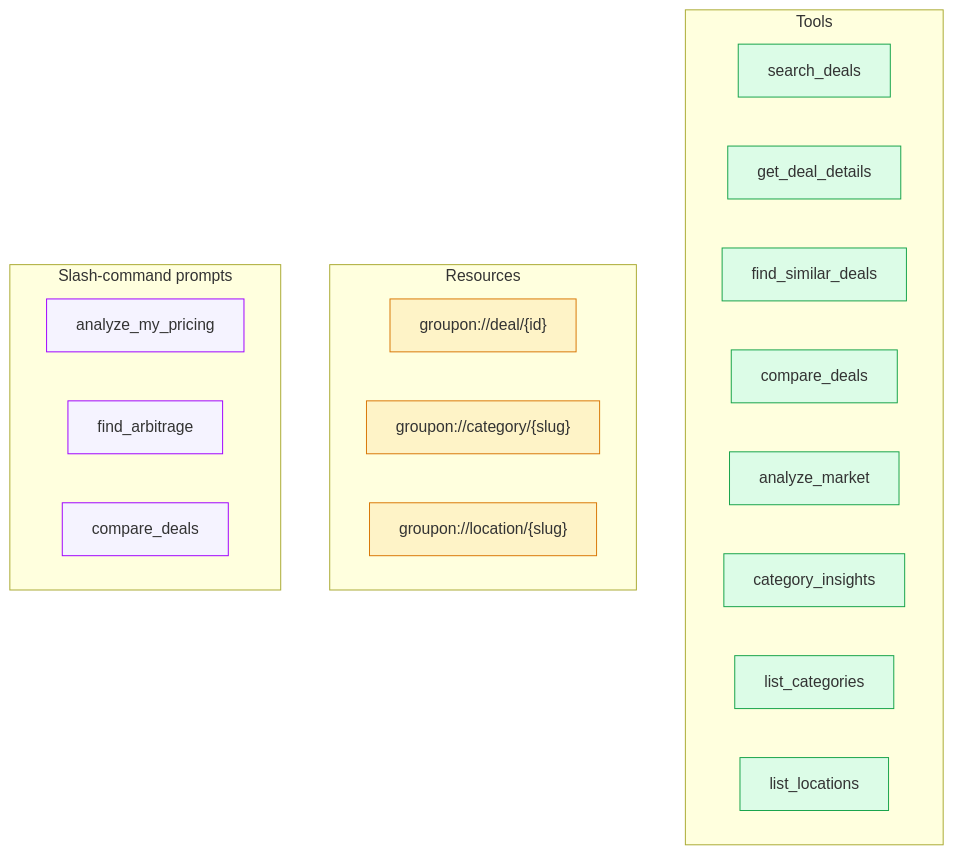
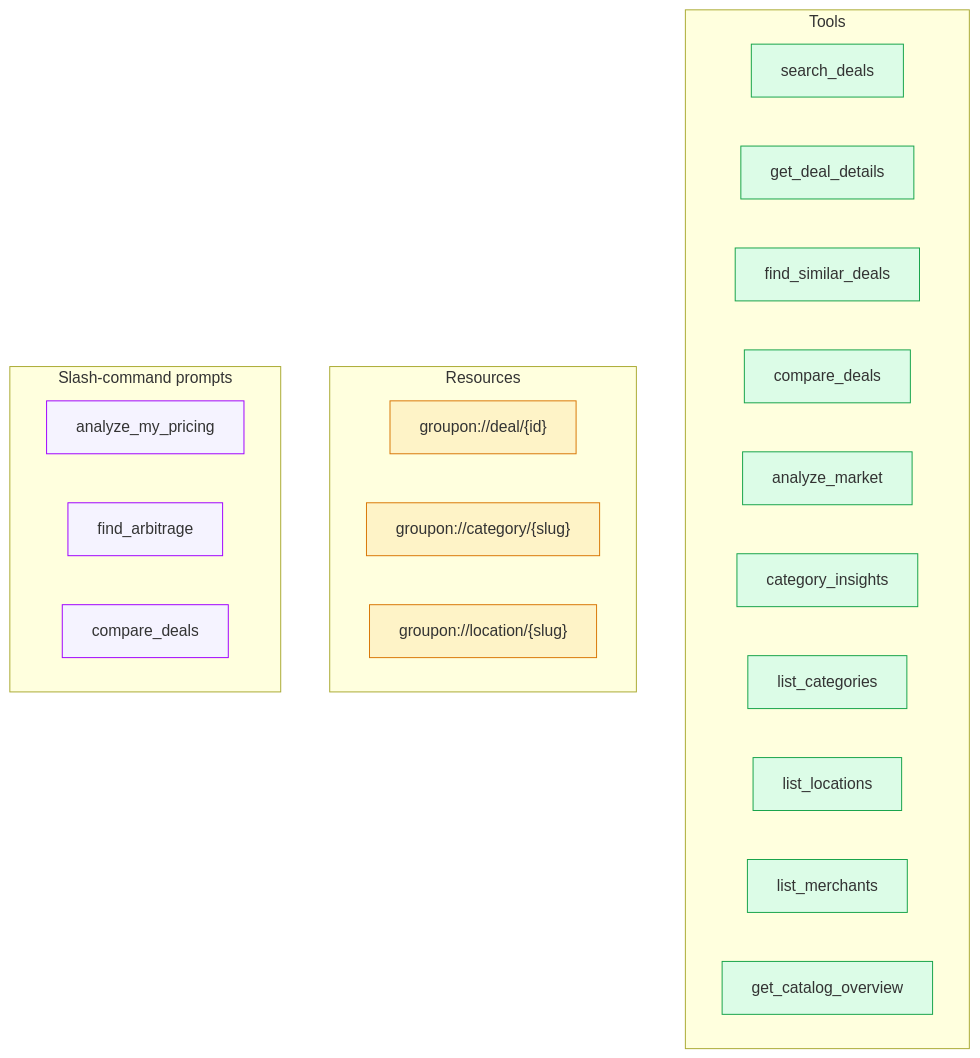
The third of 5 diagrams in README.md (diegoperezg7/groupon-deal-intelligence-mcp), drawn with Mermaid before and after one commit. The commit also changed other lines of this file and 16 other files, not shown here.

First line of the commit message:
feat(mcp+cli): add list_merchants, get_catalog_overview + merchant filter

````diff
--- a/README.md
+++ b/README.md
@@ -242,29 +242,31 @@
 ```mermaid
 flowchart TB
     subgraph Tools
         T1[search_deals]
         T2[get_deal_details]
         T3[find_similar_deals]
         T4[compare_deals]
         T5[analyze_market]
         T6[category_insights]
         T7[list_categories]
         T8[list_locations]
+        T9[list_merchants]
+        T10[get_catalog_overview]
     end
     subgraph Resources
         R1["groupon://deal/{id}"]
         R2["groupon://category/{slug}"]
         R3["groupon://location/{slug}"]
     end
     subgraph Prompts["Slash-command prompts"]
         P1[analyze_my_pricing]
         P2[find_arbitrage]
         P3[compare_deals]
     end
     classDef tool fill:#dcfce7,stroke:#16a34a
     classDef res fill:#fef3c7,stroke:#d97706
     classDef prom fill:#f5f3ff,stroke:#9F00FF
-    class T1,T2,T3,T4,T5,T6,T7,T8 tool
+    class T1,T2,T3,T4,T5,T6,T7,T8,T9,T10 tool
     class R1,R2,R3 res
     class P1,P2,P3 prom
 ```
````
